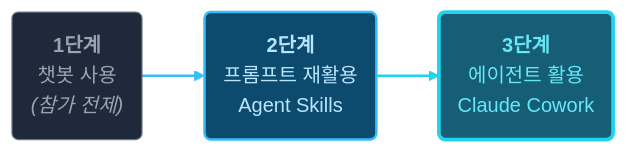
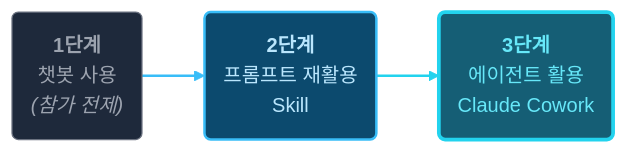
Before and after one commit to scroogy-dev/ai-onboarding: the first of 4 diagrams in slides/slides.md, drawn with Mermaid. The commit also changed other lines of this file and 4 other files, not shown here.

````diff
--- a/slides/slides.md
+++ b/slides/slides.md
@@ -970,15 +971,15 @@
 ```mermaid {scale: 0.85}
 flowchart LR
     A("<b>1단계</b><br/>챗봇 사용<br/><i>(참가 전제)</i>")
-    B("<b>2단계</b><br/>프롬프트 재활용<br/>Agent Skills")
+    B("<b>2단계</b><br/>프롬프트 재활용<br/>Skill")
     C("<b>3단계</b><br/>에이전트 활용<br/>Claude Cowork")
     A --> B --> C
     classDef stage1 fill:#1e293b,stroke:#6b7280,color:#9ca3af,stroke-width:1px
     classDef stage2 fill:#0c4a6e,stroke:#38bdf8,color:#bae6fd,stroke-width:2px
     classDef stage3 fill:#155e75,stroke:#22d3ee,color:#67e8f9,stroke-width:3px
     class A stage1
     class B stage2
     class C stage3
     linkStyle 0 stroke:#38bdf8,stroke-width:2px
     linkStyle 1 stroke:#22d3ee,stroke-width:2px
 ```
````
